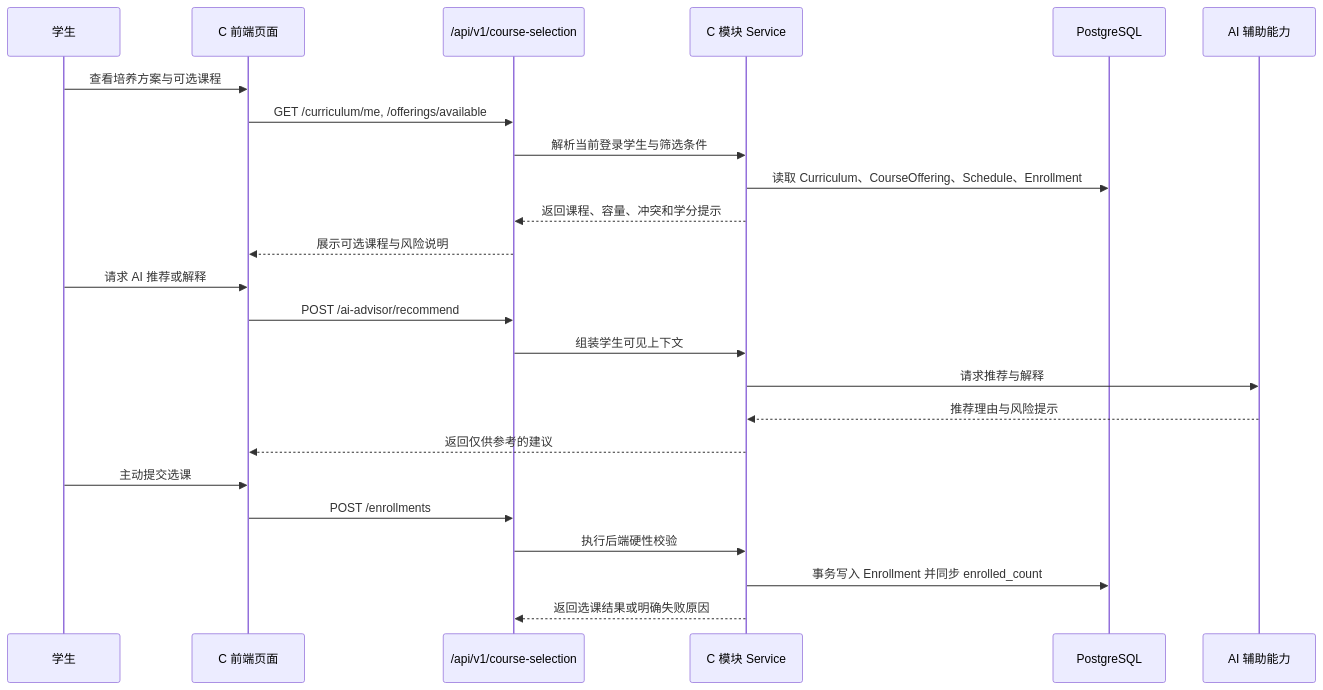
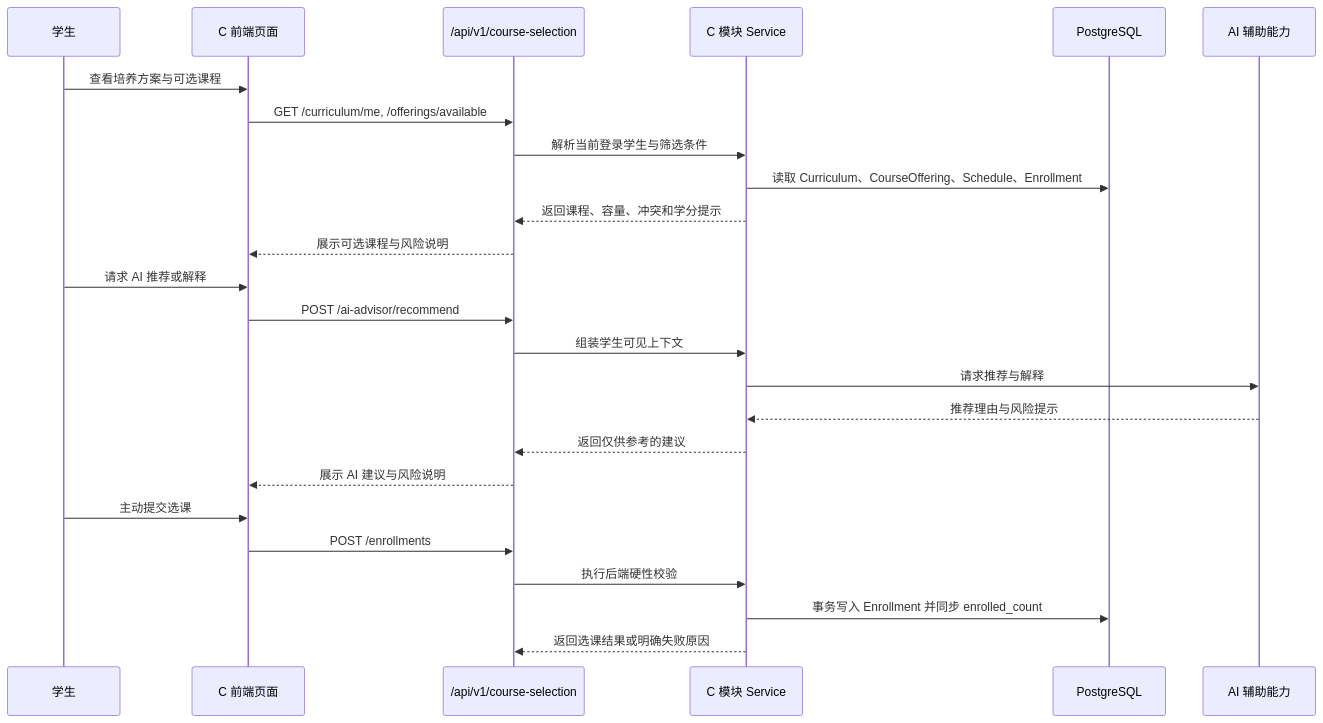
Before and after one commit to EmergentTwilight/Smart-Teaching-Service-System: diagram 11 of 21 in docs/mid-term_report.md, drawn with Mermaid. The commit also changed other lines of this file, not shown here.

Commit message:
doc(C): fix conflictions in C part of mid-term report.

````diff
--- a/docs/mid-term_report.md
+++ b/docs/mid-term_report.md
@@ -558,27 +558,28 @@
 ```mermaid
 sequenceDiagram
     participant S as 学生
     participant FE as C 前端页面
     participant API as /api/v1/course-selection
     participant Service as C 模块 Service
     participant DB as PostgreSQL
     participant AI as AI 辅助能力
 
     S->>FE: 查看培养方案与可选课程
     FE->>API: GET /curriculum/me, /offerings/available
     API->>Service: 解析当前登录学生与筛选条件
     Service->>DB: 读取 Curriculum、CourseOffering、Schedule、Enrollment
     Service-->>API: 返回课程、容量、冲突和学分提示
     API-->>FE: 展示可选课程与风险说明
     S->>FE: 请求 AI 推荐或解释
     FE->>API: POST /ai-advisor/recommend
     API->>Service: 组装学生可见上下文
     Service->>AI: 请求推荐与解释
     AI-->>Service: 推荐理由与风险提示
-    Service-->>FE: 返回仅供参考的建议
+    Service-->>API: 返回仅供参考的建议
+    API-->>FE: 展示 AI 建议与风险说明
     S->>FE: 主动提交选课
     FE->>API: POST /enrollments
     API->>Service: 执行后端硬性校验
     Service->>DB: 事务写入 Enrollment 并同步 enrolled_count
     Service-->>API: 返回选课结果或明确失败原因
 ```
````
